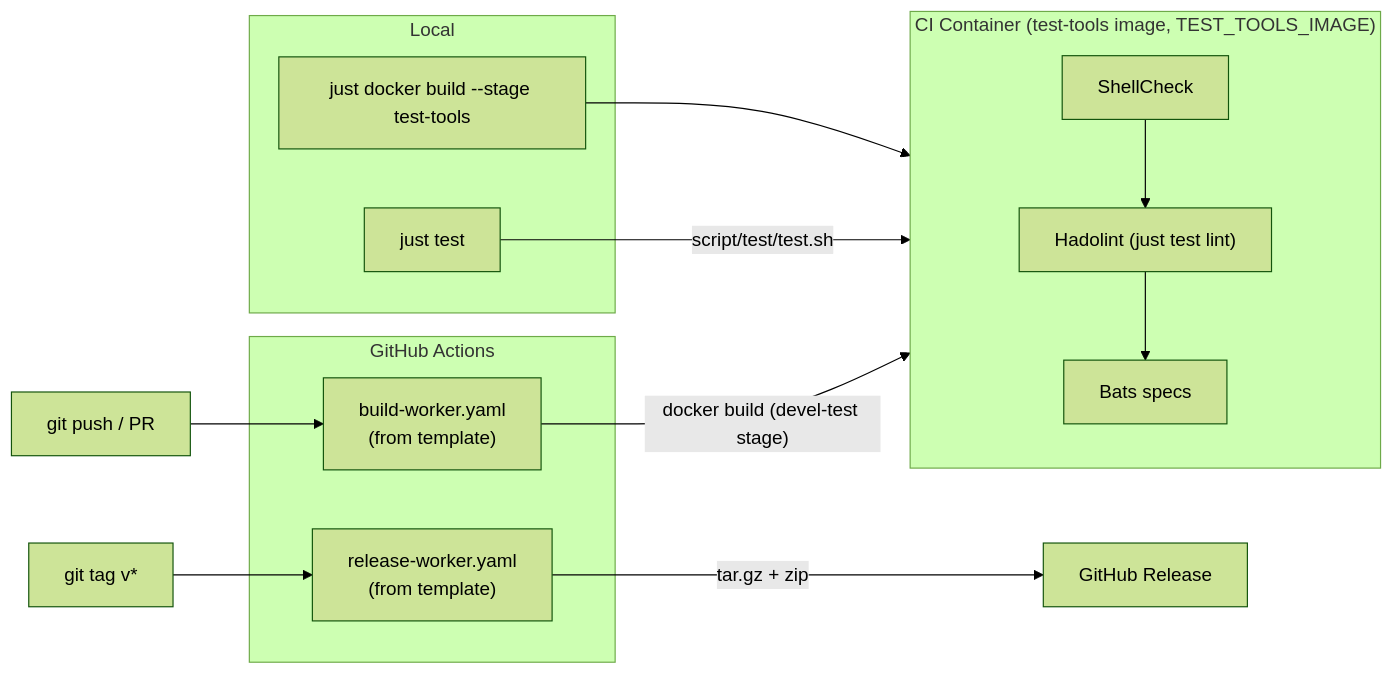
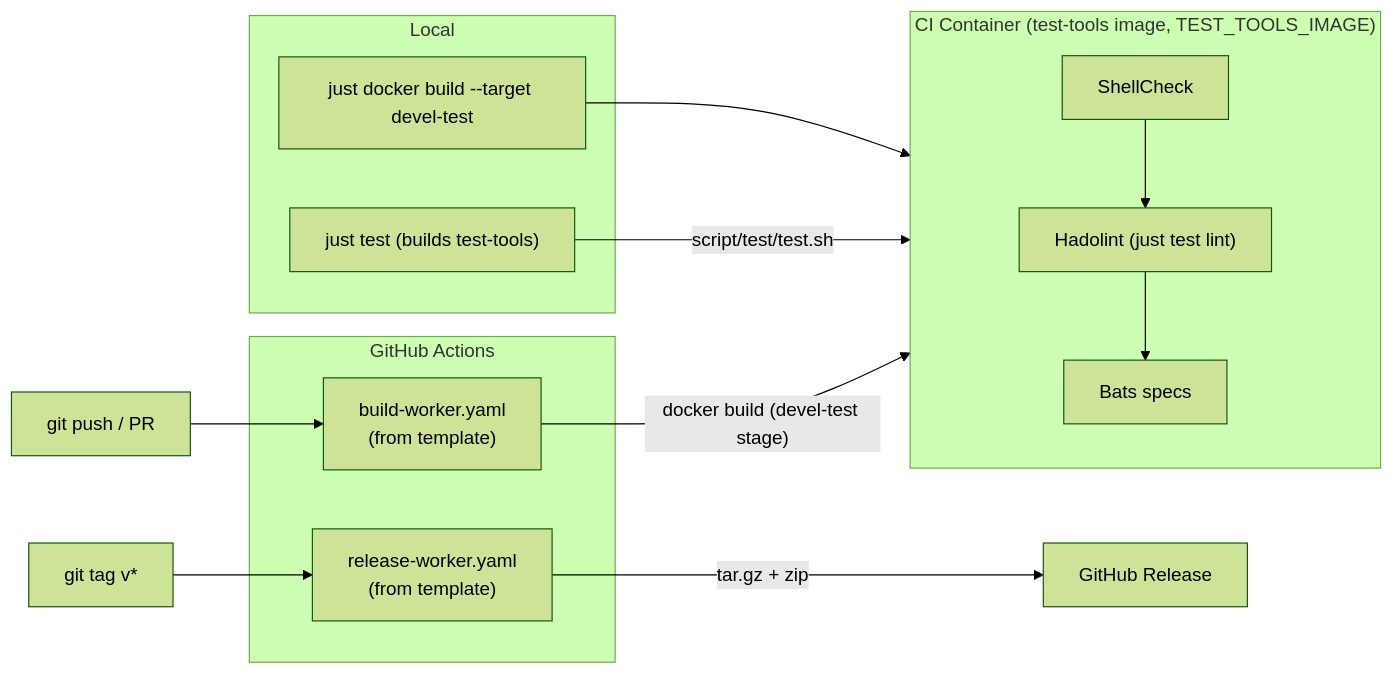
One commit to ycpss91255-docker/base changed the second of 2 diagrams in README.md. Above: the diagram before and after it, drawn with Mermaid (forest theme). The commit also changed other lines of this file and 26 other files, not shown here.

````diff
--- a/README.md
+++ b/README.md
@@ -110,27 +117,27 @@
 ```mermaid
 flowchart LR
     subgraph local["Local"]
-        just_test["just test"]
-        just_build["just docker build --stage test-tools"]
+        just_test["just test (builds test-tools)"]
+        just_build["just docker build --target devel-test"]
     end
 
     subgraph ci_container["CI Container (test-tools image, TEST_TOOLS_IMAGE)"]
         shellcheck["ShellCheck"]
         hadolint["Hadolint (just test lint)"]
         bats["Bats specs"]
     end
 
     subgraph github["GitHub Actions"]
         build_worker["build-worker.yaml<br/>(from template)"]
         release_worker["release-worker.yaml<br/>(from template)"]
     end
 
     just_build --> ci_container
     just_test -->|"script/test/test.sh"| ci_container
     shellcheck --> hadolint --> bats
 
     push["git push / PR"] --> build_worker
     build_worker -->|"docker build (devel-test stage)"| ci_container
     tag["git tag v*"] --> release_worker
     release_worker -->|"tar.gz + zip"| release["GitHub Release"]
 ```
````
